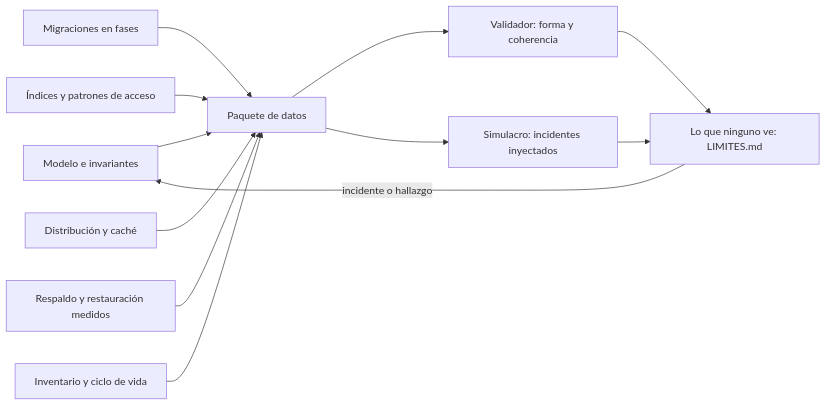
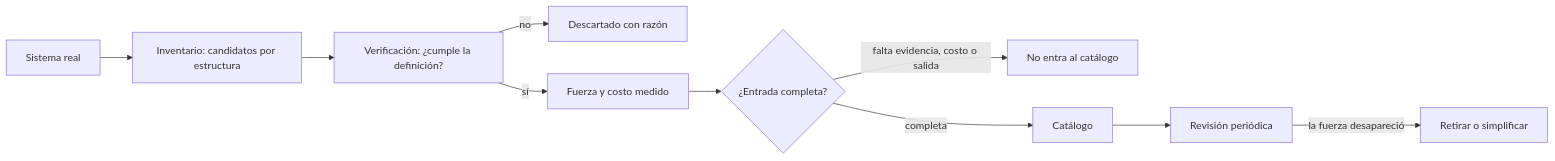
One commit to vladimiracunadev-create/modern-software-engineering-program changed the diagram in content/part-26/SE-324.md. Above: the diagram before and after it, drawn with Mermaid. The commit also changed other lines of this file and 5193 other files, not shown here.

````diff
--- a/content/part-26/SE-324.md
+++ b/content/part-26/SE-324.md
@@ -55,14 +57,12 @@
 ```mermaid
 flowchart LR
-    A[Modelo e invariantes] --> P[Paquete de datos]
-    B[Migraciones en fases] --> P
-    C[Índices y patrones de acceso] --> P
-    D[Distribución y caché] --> P
-    E[Respaldo y restauración medidos] --> P
-    F[Inventario y ciclo de vida] --> P
-    P --> G[Validador: forma y coherencia]
-    P --> H[Simulacro: incidentes inyectados]
-    G --> I[Lo que ninguno ve: LIMITES.md]
-    H --> I
-    I -->|incidente o hallazgo| A
+    A[Sistema real] --> B[Inventario: candidatos por estructura]
+    B --> C[Verificación: ¿cumple la definición?]
+    C -->|no| D[Descartado con razón]
+    C -->|sí| E[Fuerza y costo medido]
+    E --> F{¿Entrada completa?}
+    F -->|falta evidencia, costo o salida| G[No entra al catálogo]
+    F -->|completa| H[Catálogo]
+    H --> I[Revisión periódica]
+    I -->|la fuerza desapareció| J[Retirar o simplificar]
 ```
````
